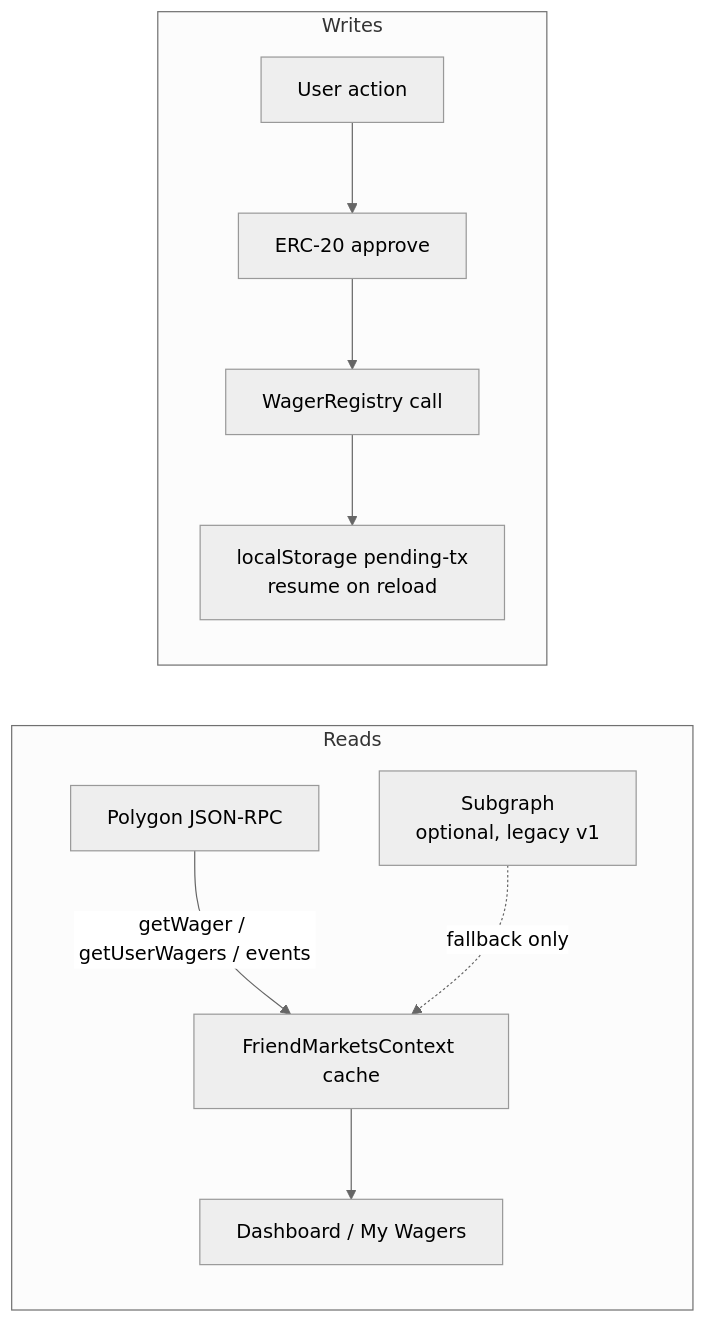
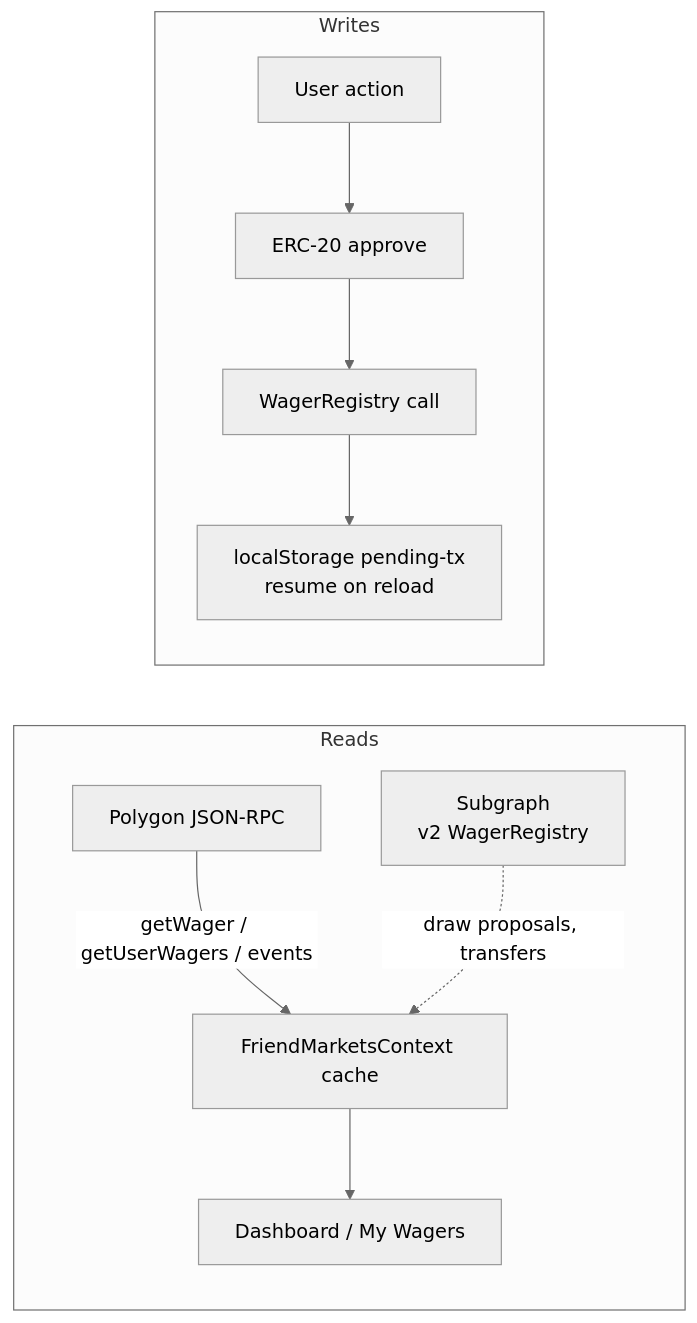
One commit to chippr-robotics/prediction-dao-research changed the second of 3 diagrams in docs/developer-guide/architecture.md. Above: the diagram before and after it, drawn with Mermaid (neutral theme). The commit also changed other lines of this file and 22 other files, not shown here.

````diff
--- a/docs/developer-guide/architecture.md
+++ b/docs/developer-guide/architecture.md
@@ -96,11 +106,11 @@
 ```mermaid
 flowchart LR
     subgraph Reads
         RPC[Polygon JSON-RPC] -->|getWager / getUserWagers / events| Ctx[FriendMarketsContext cache]
-        SUB[Subgraph<br/>optional, legacy v1] -.fallback only.-> Ctx
+        SUB[Subgraph<br/>v2 WagerRegistry] -.draw proposals, transfers.-> Ctx
         Ctx --> UI[Dashboard / My Wagers]
     end
     subgraph Writes
         UI2[User action] --> Approve[ERC-20 approve] --> Call[WagerRegistry call] --> Pending[localStorage pending-tx<br/>resume on reload]
     end
 ```
````
